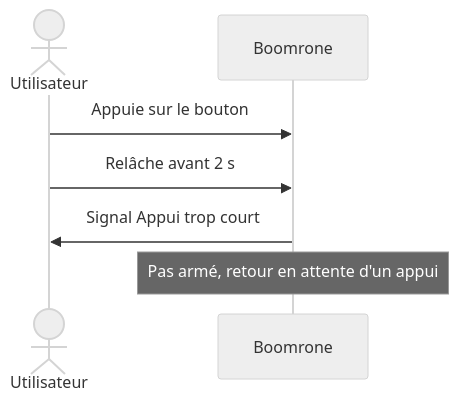
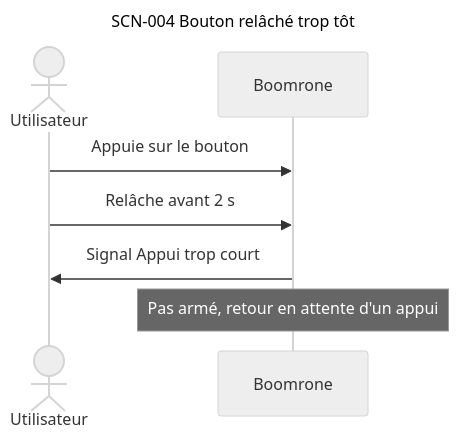
Before and after one commit to thourymatthieu-png/coworker_archi_system: the sixth of 13 diagrams in projets/boomrone/00-scenarios.md, drawn with Mermaid (neutral theme). The commit also changed other lines of this file and 3 other files, not shown here.

````diff
--- a/projets/boomrone/00-scenarios.md
+++ b/projets/boomrone/00-scenarios.md
@@ -175,9 +215,12 @@
 ```mermaid
+---
+title: "SCN-004 Bouton relâché trop tôt"
+---
 sequenceDiagram
     actor U as Utilisateur
     participant D as Boomrone
     U->>D: Appuie sur le bouton
     U->>D: Relâche avant 2 s
     D->>U: Signal Appui trop court
     Note over D: Pas armé, retour en attente d'un appui
 ```
````
